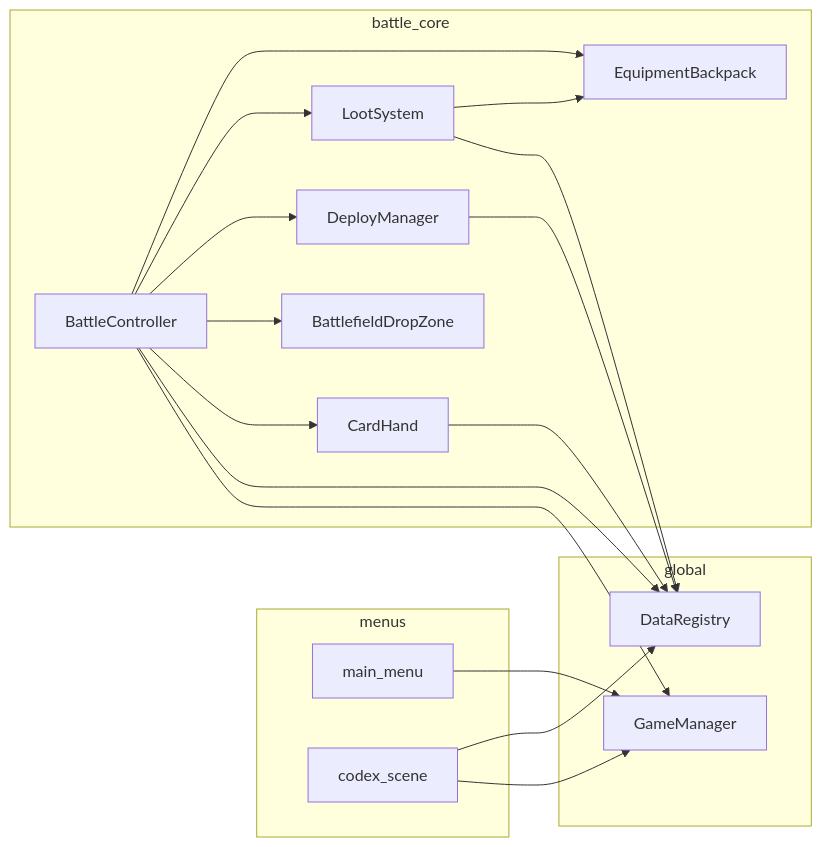
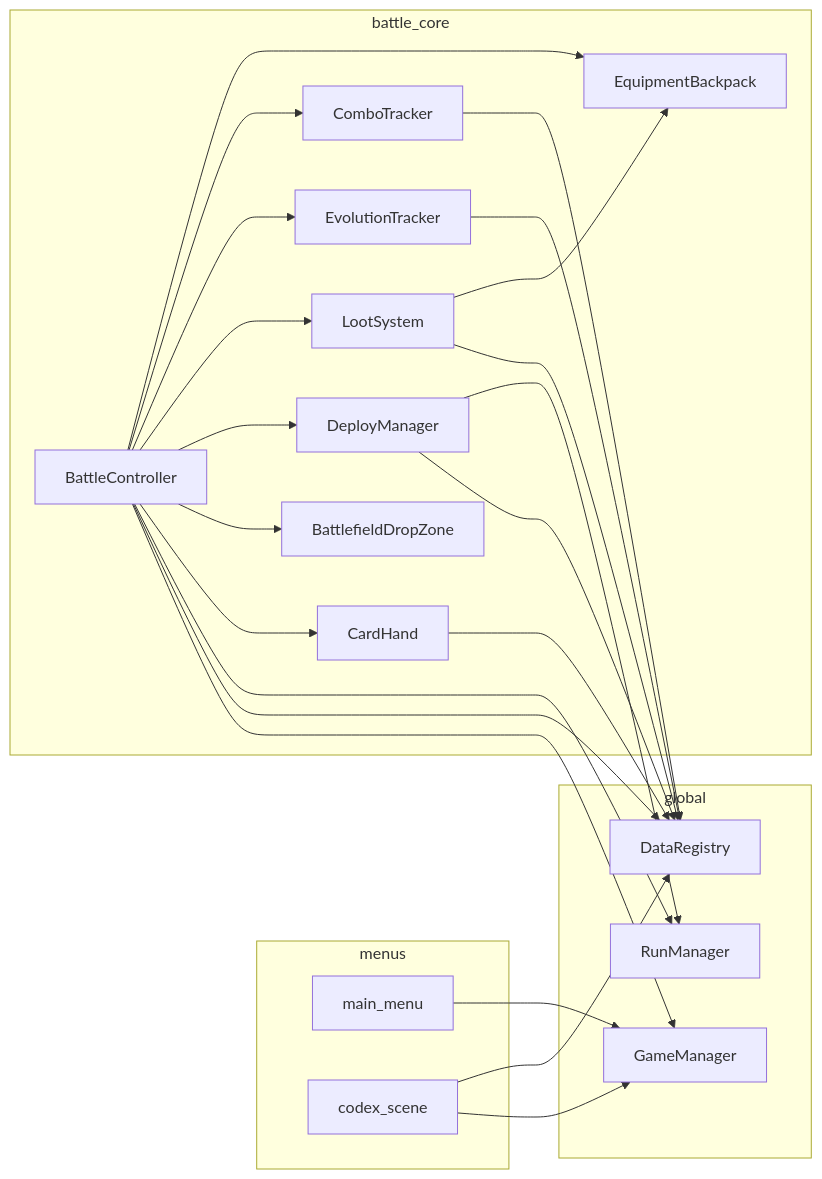
One commit to yolk-l/free-fight changed the diagram in docs/knowledge/05-依赖与扩展.md. Above: the diagram before and after it, drawn with Mermaid. The commit also changed other lines of this file and 159 other files, not shown here.

````diff
--- a/docs/knowledge/05-依赖与扩展.md
+++ b/docs/knowledge/05-依赖与扩展.md
@@ -5,38 +5,47 @@
 ```mermaid
 flowchart LR
     subgraph global
         GM[GameManager]
         DR[DataRegistry]
+        RM[RunManager]
     end
 
     subgraph menus
         MM[main_menu]
         CX[codex_scene]
     end
 
     subgraph battle_core
         BC[BattleController]
         CH[CardHand]
         DZ[BattlefieldDropZone]
         DM[DeployManager]
         LS[LootSystem]
         BP[EquipmentBackpack]
+        ET[EvolutionTracker]
+        CT[ComboTracker]
     end
 
     MM --> GM
     CX --> GM
     CX --> DR
 
     BC --> GM
     BC --> DR
+    BC --> RM
     BC --> CH
     BC --> DZ
     BC --> DM
     BC --> LS
+    BC --> ET
+    BC --> CT
 
     CH --> DR
     DM --> DR
+    DM --> RM
     LS --> DR
     LS --> BP
     BC --> BP
+    ET --> DR
+    CT --> DR
 ```
````
